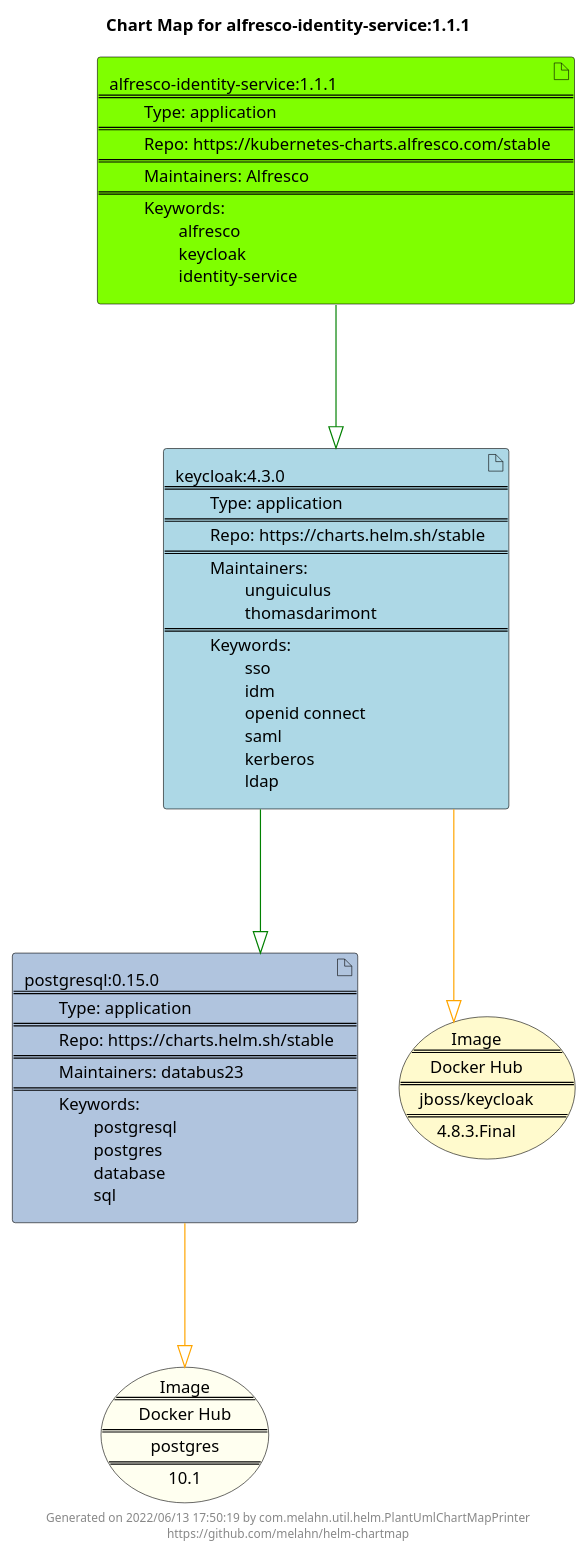
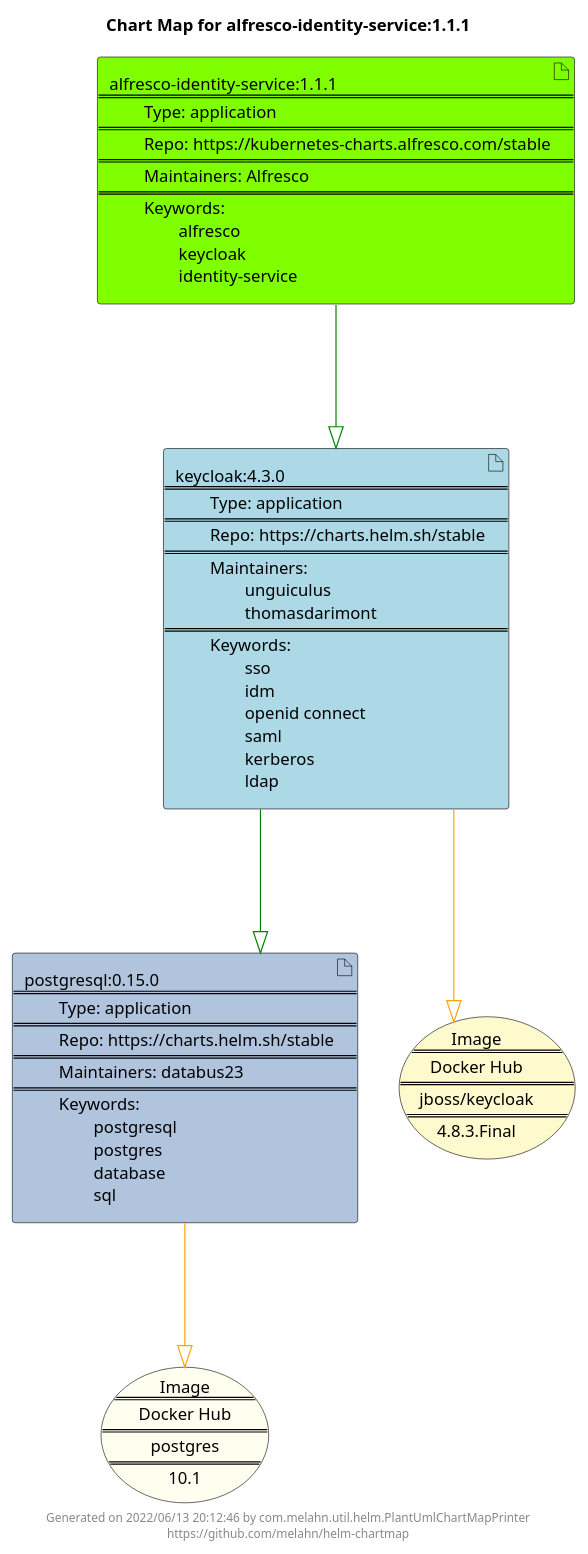
The diagram in docs/alfresco-identity-service/alfresco-identity-service-1.1.1.puml (melahn/helm-chartmap), drawn with PlantUML before and after one commit. The commit also changed 59 other files, not shown here.

Commit message:
Update Example Chart Maps as part of GitHub build

```diff
--- a/docs/alfresco-identity-service/alfresco-identity-service-1.1.1.puml
+++ b/docs/alfresco-identity-service/alfresco-identity-service-1.1.1.puml
@@ -1,27 +1,27 @@
 @startuml
 skinparam linetype ortho
 skinparam backgroundColor white
 skinparam usecaseBorderColor black
 skinparam usecaseArrowColor LightSlateGray
 skinparam artifactBorderColor black
 skinparam artifactArrowColor LightSlateGray
 
 title Chart Map for alfresco-identity-service:1.1.1
 
 'There are 3 referenced Helm Charts
 artifact "postgresql:0.15.0\n====\n\tType: application\n====\n\tRepo: https://charts.helm.sh/stable\n====\n\tMaintainers: databus23\n====\n\tKeywords: \n\t\tpostgresql\n\t\tpostgres\n\t\tdatabase\n\t\tsql" as postgresql_0_15_0 #LightSteelBlue
 artifact "alfresco-identity-service:1.1.1\n====\n\tType: application\n====\n\tRepo: https://kubernetes-charts.alfresco.com/stable\n====\n\tMaintainers: Alfresco\n====\n\tKeywords: \n\t\talfresco\n\t\tkeycloak\n\t\tidentity-service" as alfresco_identity_service_1_1_1 #Chartreuse
 artifact "keycloak:4.3.0\n====\n\tType: application\n====\n\tRepo: https://charts.helm.sh/stable\n====\n\tMaintainers: \n\t\tunguiculus\n\t\tthomasdarimont\n====\n\tKeywords: \n\t\tsso\n\t\tidm\n\t\topenid connect\n\t\tsaml\n\t\tkerberos\n\t\tldap" as keycloak_4_3_0 #LightBlue
 
 'There are 2 referenced Docker Images
 usecase "Image\n====\nDocker Hub\n====\npostgres\n====\n10.1" as postgres_10_1 #Ivory
 usecase "Image\n====\nDocker Hub\n====\njboss/keycloak\n====\n4.8.3.Final" as jboss_keycloak_4_8_3_Final #LemonChiffon
 
 'Chart Dependencies
 alfresco_identity_service_1_1_1--[#green]-|>keycloak_4_3_0
 keycloak_4_3_0--[#green]-|>postgresql_0_15_0
 postgresql_0_15_0--[#orange]-|>postgres_10_1
 keycloak_4_3_0--[#orange]-|>jboss_keycloak_4_8_3_Final
 
-center footer Generated on 2022/06/13 17:50:19 by com.melahn.util.helm.PlantUmlChartMapPrinter\nhttps://github.com/melahn/helm-chartmap
+center footer Generated on 2022/06/13 20:12:46 by com.melahn.util.helm.PlantUmlChartMapPrinter\nhttps://github.com/melahn/helm-chartmap
 @enduml
```
